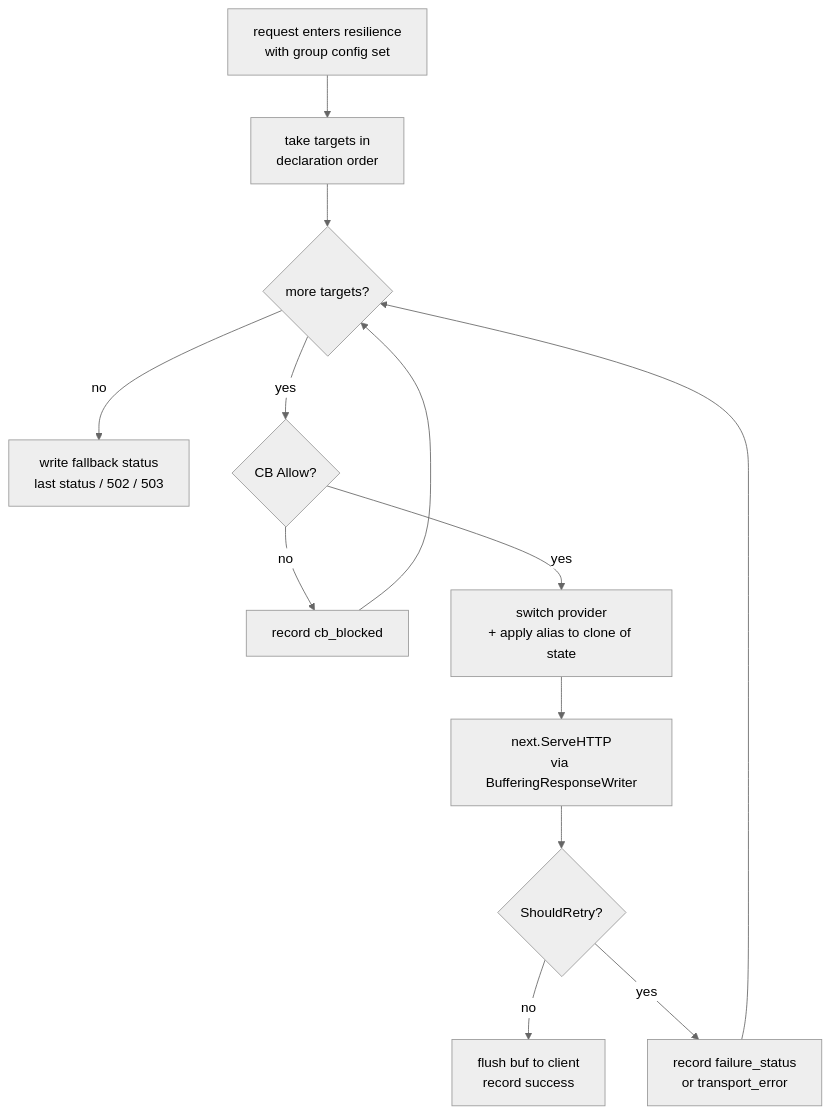
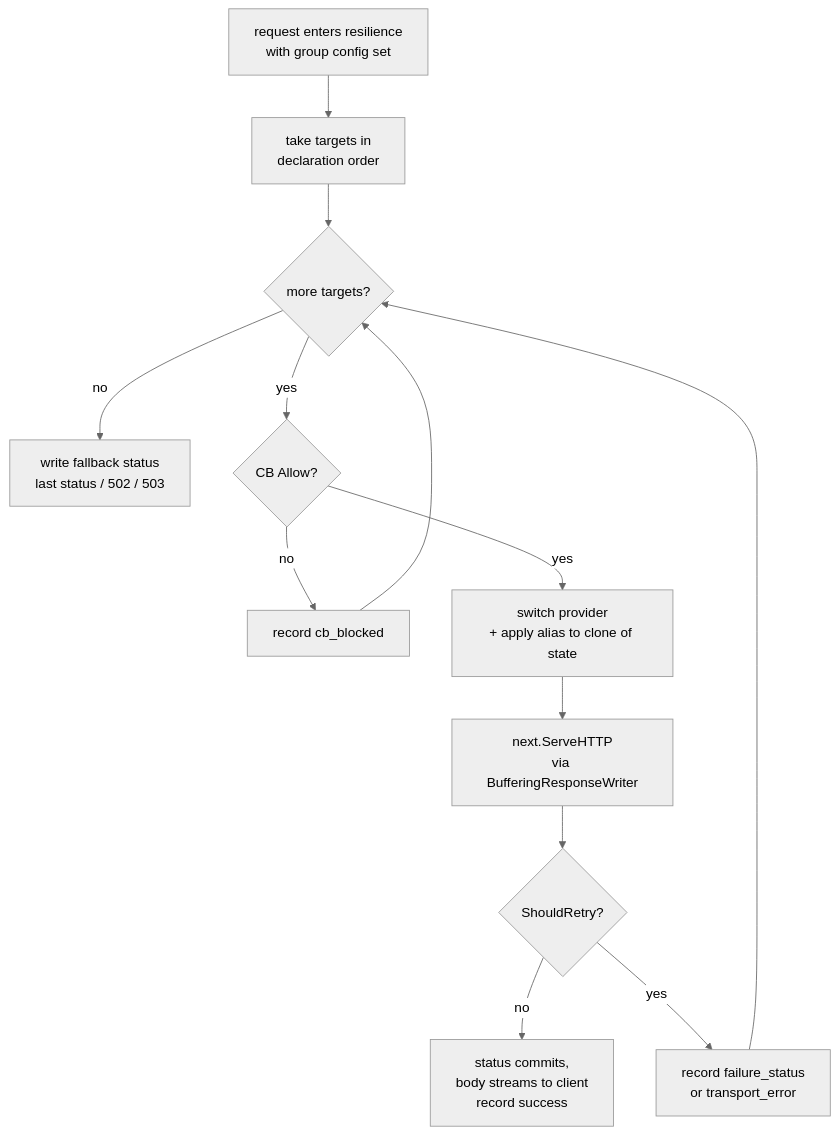
The second of 4 diagrams in docs/resilience.md (andyjmorgan/slipspace-gateway), drawn with Mermaid (neutral theme) before and after one commit. The commit also changed other lines of this file and 4 other files, not shown here.

````diff
--- a/docs/resilience.md
+++ b/docs/resilience.md
@@ -241,15 +241,15 @@
 ```mermaid
 flowchart TB
     Start[request enters resilience<br/>with group config set] --> Sort[take targets in<br/>declaration order]
     Sort --> Loop{more targets?}
     Loop -- no --> Exhausted[write fallback status<br/>last status / 502 / 503]
     Loop -- yes --> CBCheck{CB Allow?}
     CBCheck -- no --> Record1[record cb_blocked]
     Record1 --> Loop
     CBCheck -- yes --> Run[switch provider<br/>+ apply alias to clone of state]
     Run --> Forward[next.ServeHTTP<br/>via BufferingResponseWriter]
     Forward --> Decide{ShouldRetry?}
-    Decide -- no --> Commit[flush buf to client<br/>record success]
+    Decide -- no --> Commit[status commits,<br/>body streams to client<br/>record success]
     Decide -- yes --> Record2[record failure_status<br/>or transport_error]
     Record2 --> Loop
 ```
````
